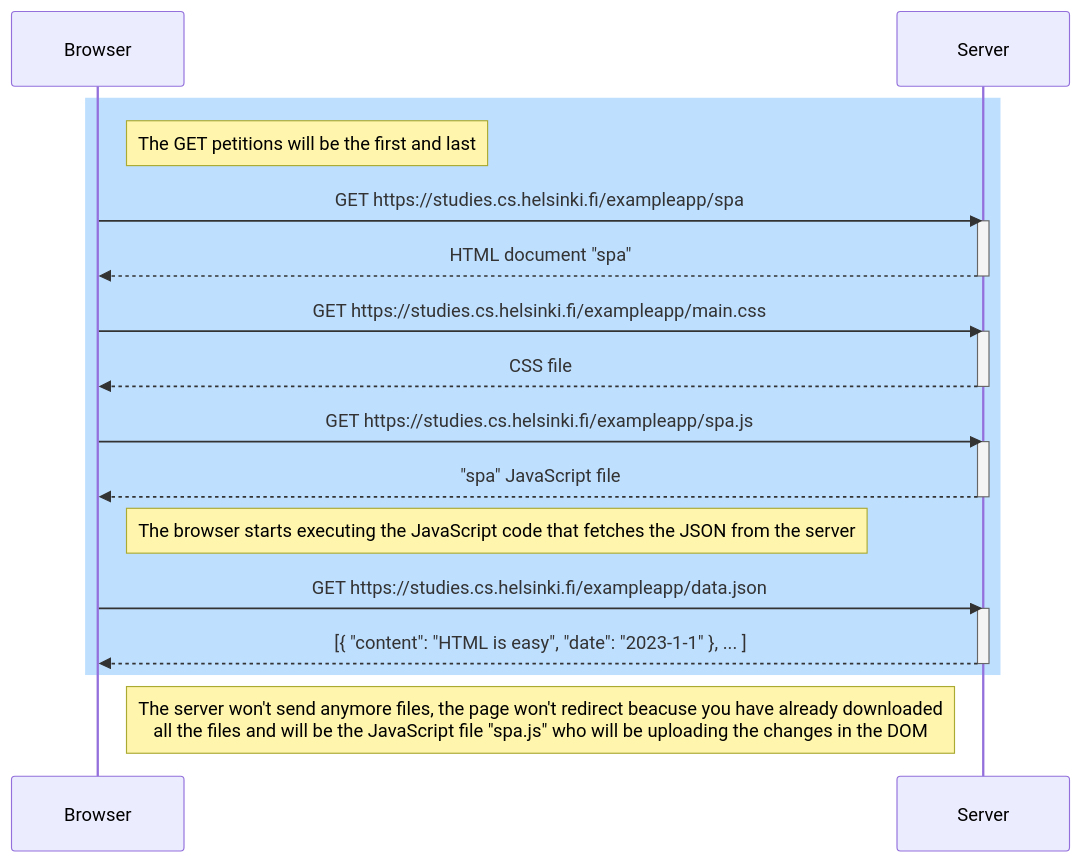
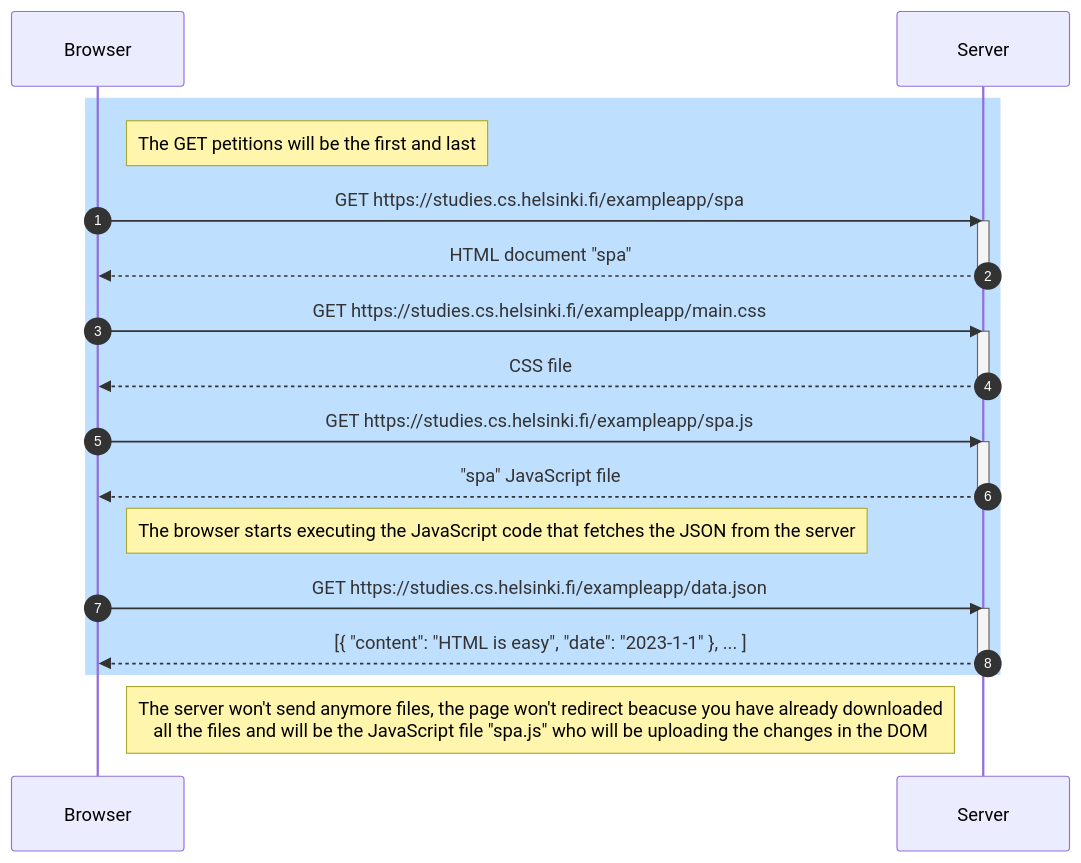
One commit to 2Tucho/Full_Stack_Open_ReactJS_Course changed the diagram in part0/0.5.md. Above: the diagram before and after it, drawn with Mermaid. The commit also changed 1 other file, not shown here.

Commit message:
Added exercise 0.6

````diff
--- a/part0/0.5.md
+++ b/part0/0.5.md
@@ -1,35 +1,37 @@
 ```mermaid
 sequenceDiagram
     participant B as Browser
     participant S as Server
+
+    autonumber
 
     rect rgb(191, 223, 255)
 
     Note right of B: The GET petitions will be the first and last
     B->>S: GET https://studies.cs.helsinki.fi/exampleapp/spa
     
     activate S
     S-->>B: HTML document "spa"
     deactivate S
 
     B->>S: GET https://studies.cs.helsinki.fi/exampleapp/main.css
     activate S
     S-->>B: CSS file
     deactivate S
 
     B->>S: GET https://studies.cs.helsinki.fi/exampleapp/spa.js
     activate S
     S-->>B: "spa" JavaScript file
     deactivate S
 
     Note right of B: The browser starts executing the JavaScript code that fetches the JSON from the server
 
     B->>S: GET https://studies.cs.helsinki.fi/exampleapp/data.json
     activate S
     S-->>B: [{ "content": "HTML is easy", "date": "2023-1-1" }, ... ]
     deactivate S
 
     end
 
     Note right of B: The server won't send anymore files, the page won't redirect beacuse you have already downloaded <br> all the files and will be the JavaScript file "spa.js" who will be uploading the changes in the DOM
 ```
````
